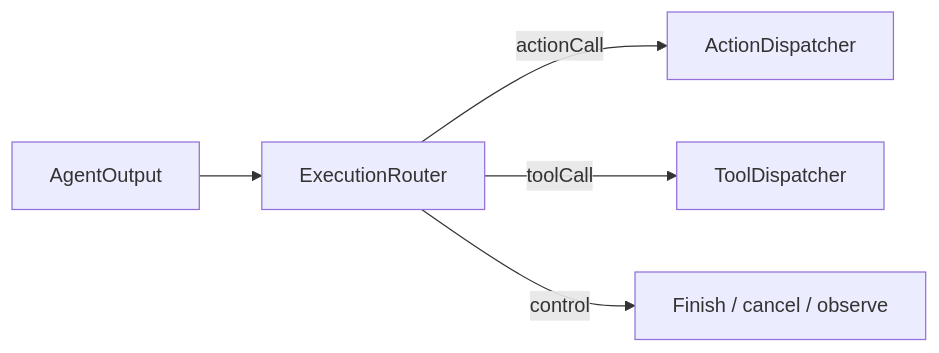
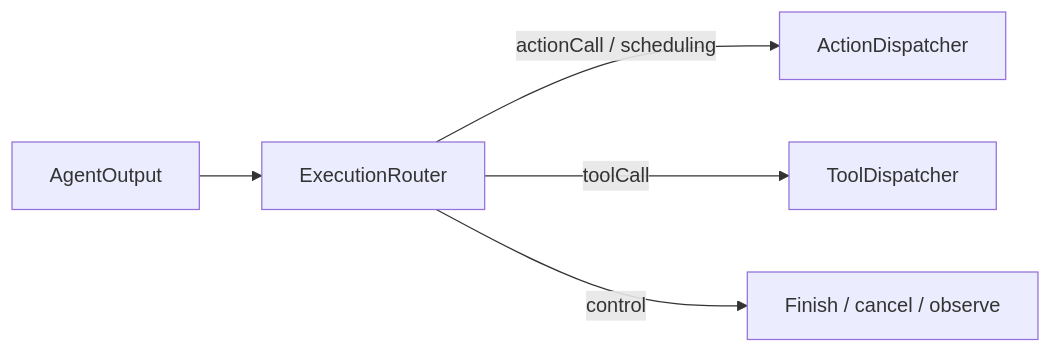
The diagram in MobileHarness/Gateway/Output/Routing/README.md (devilyouwei/MobileHarness), drawn with Mermaid before and after one commit. The commit also changed 97 other files, not shown here.

````diff
--- a/MobileHarness/Gateway/Output/Routing/README.md
+++ b/MobileHarness/Gateway/Output/Routing/README.md
@@ -11,7 +11,7 @@
 ```mermaid
 flowchart LR
     Output[AgentOutput] --> Router[ExecutionRouter]
-    Router -->|actionCall| Actions[ActionDispatcher]
+    Router -->|actionCall / scheduling| Actions[ActionDispatcher]
     Router -->|toolCall| Tools[ToolDispatcher]
     Router -->|control| Lifecycle[Finish / cancel / observe]
 ```
````
